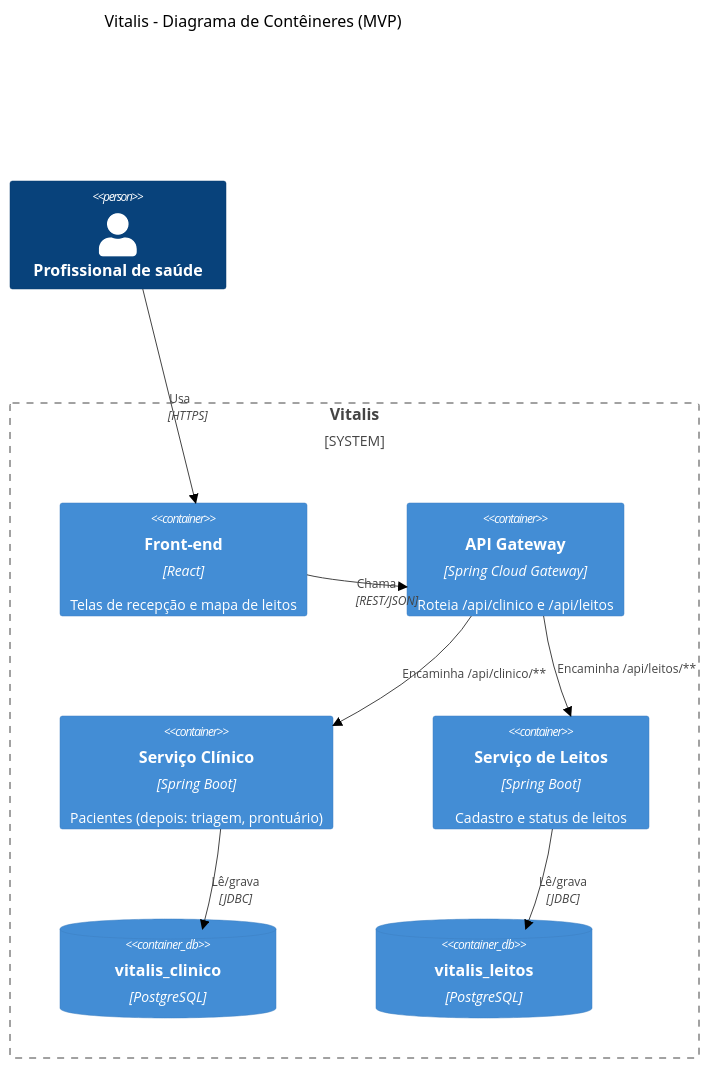
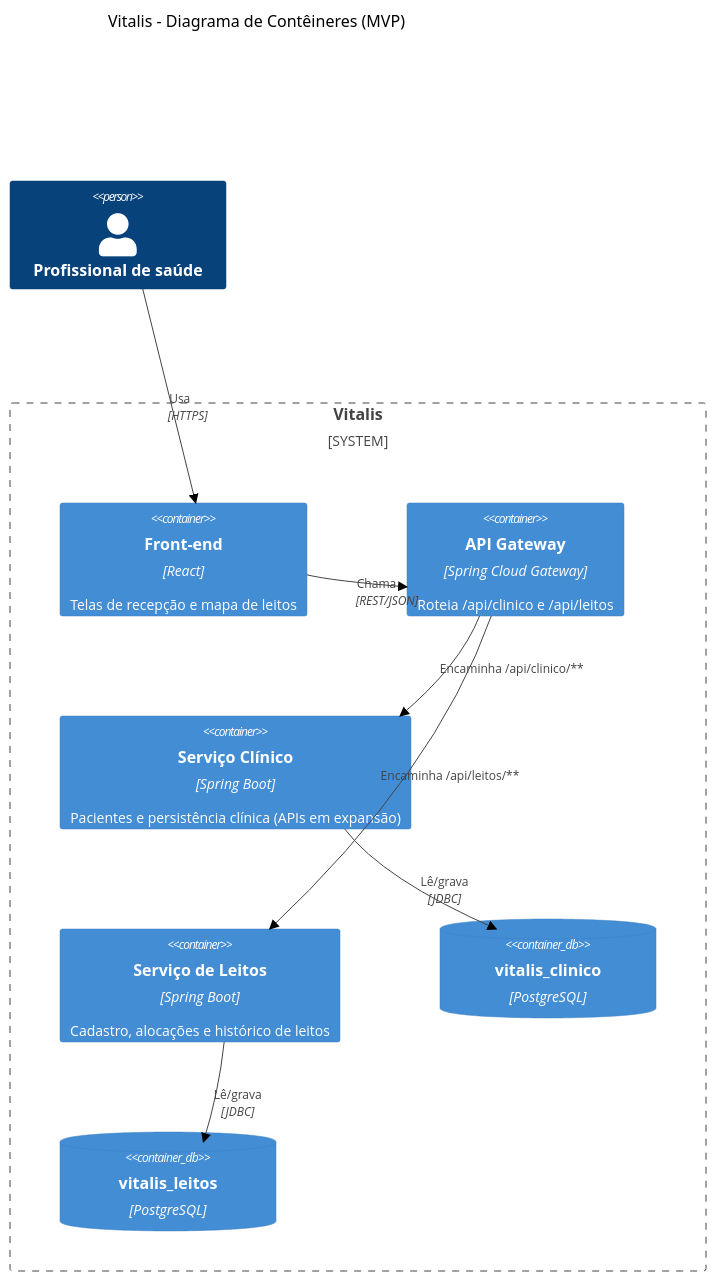
The second of 2 diagrams in docs/arquitetura.md (Engenharia-Software-ucsal/vitalis), drawn with Mermaid (forest theme) before and after one commit. The commit also changed other lines of this file and 2 other files, not shown here.

````diff
--- a/docs/arquitetura.md
+++ b/docs/arquitetura.md
@@ -33,19 +33,19 @@
 ```mermaid
 C4Container
     title Vitalis - Diagrama de Contêineres (MVP)
     Person(usuario, "Profissional de saúde")
     System_Boundary(vitalis, "Vitalis") {
         Container(front, "Front-end", "React", "Telas de recepção e mapa de leitos")
         Container(gateway, "API Gateway", "Spring Cloud Gateway", "Roteia /api/clinico e /api/leitos")
-        Container(clinico, "Serviço Clínico", "Spring Boot", "Pacientes (depois: triagem, prontuário)")
-        Container(leitos, "Serviço de Leitos", "Spring Boot", "Cadastro e status de leitos")
+        Container(clinico, "Serviço Clínico", "Spring Boot", "Pacientes e persistência clínica (APIs em expansão)")
+        Container(leitos, "Serviço de Leitos", "Spring Boot", "Cadastro, alocações e histórico de leitos")
         ContainerDb(dbClinico, "vitalis_clinico", "PostgreSQL")
         ContainerDb(dbLeitos, "vitalis_leitos", "PostgreSQL")
     }
     Rel(usuario, front, "Usa", "HTTPS")
     Rel(front, gateway, "Chama", "REST/JSON")
     Rel(gateway, clinico, "Encaminha /api/clinico/**")
     Rel(gateway, leitos, "Encaminha /api/leitos/**")
     Rel(clinico, dbClinico, "Lê/grava", "JDBC")
     Rel(leitos, dbLeitos, "Lê/grava", "JDBC")
 ```
````
